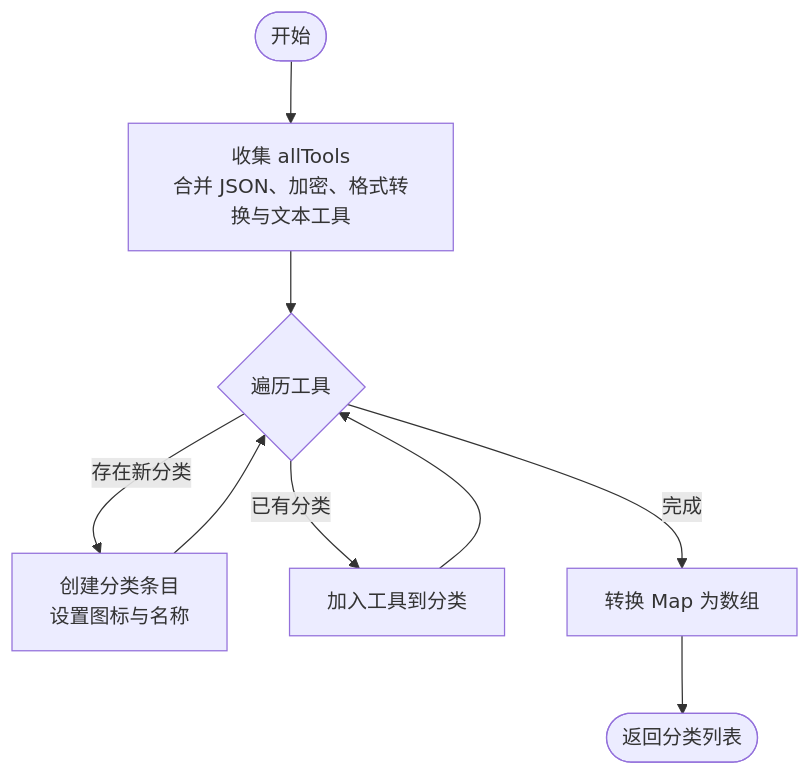
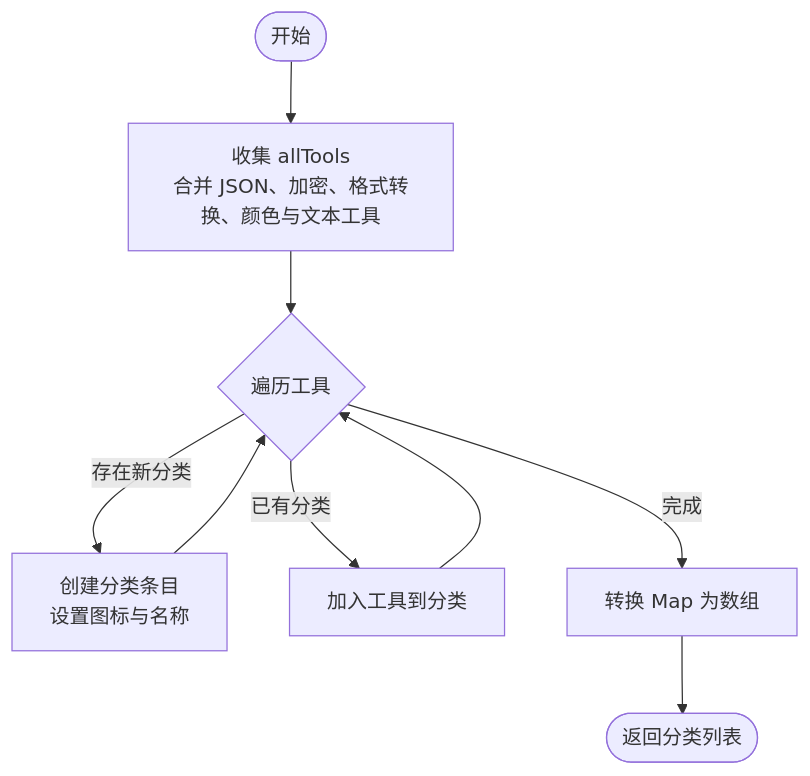
One commit to xkdaq/XKUtil changed the third of 12 diagrams in .qoder/repowiki/zh/content/工具系统/工具系统.md. Above: the diagram before and after it, drawn with Mermaid. The commit also changed other lines of this file and 7 other files, not shown here.

````diff
--- a/.qoder/repowiki/zh/content/工具系统/工具系统.md
+++ b/.qoder/repowiki/zh/content/工具系统/工具系统.md
@@ -247,11 +258,11 @@
 ```mermaid
 flowchart TD
-Start(["开始"]) --> Collect["收集 allTools<br/>合并 JSON、加密、格式转换与文本工具"]
+Start(["开始"]) --> Collect["收集 allTools<br/>合并 JSON、加密、格式转换、颜色与文本工具"]
 Collect --> Iterate{"遍历工具"}
 Iterate --> |存在新分类| AddCat["创建分类条目<br/>设置图标与名称"]
 Iterate --> |已有分类| PushTool["加入工具到分类"]
 AddCat --> Iterate
 PushTool --> Iterate
 Iterate --> |完成| BuildList["转换 Map 为数组"]
 BuildList --> Return(["返回分类列表"])
 ```
````
